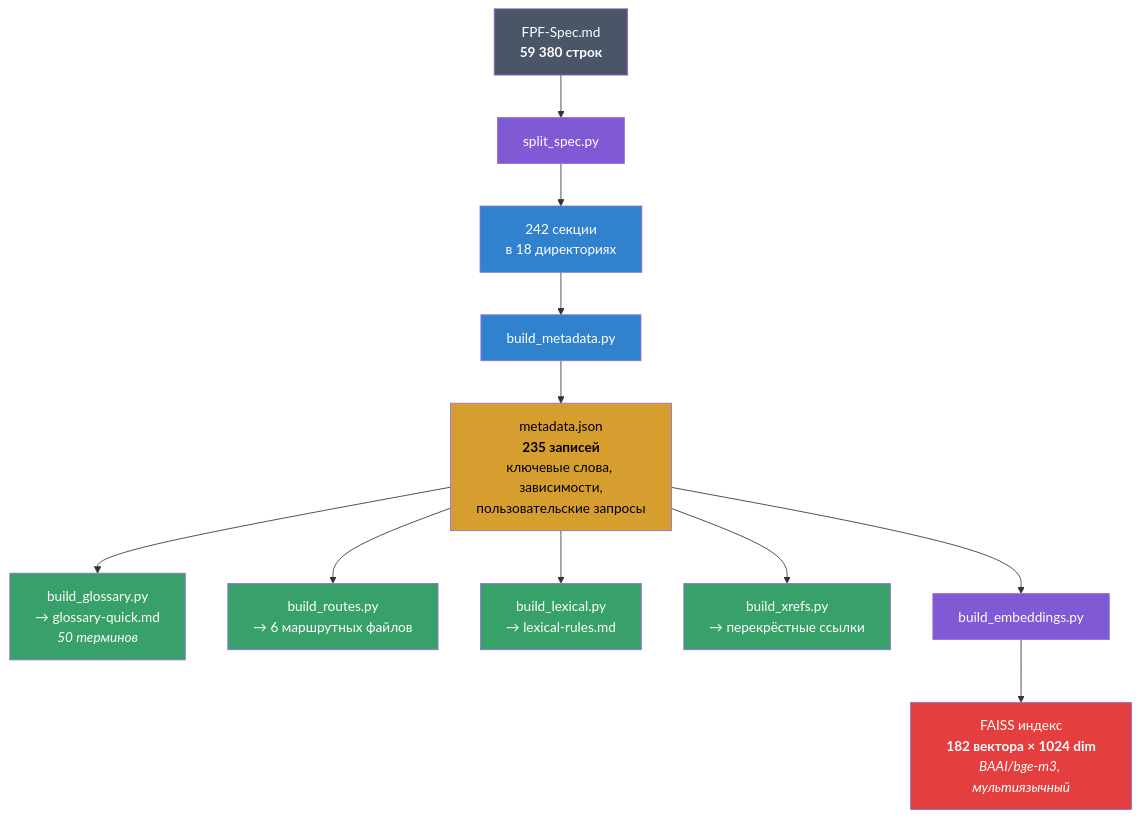
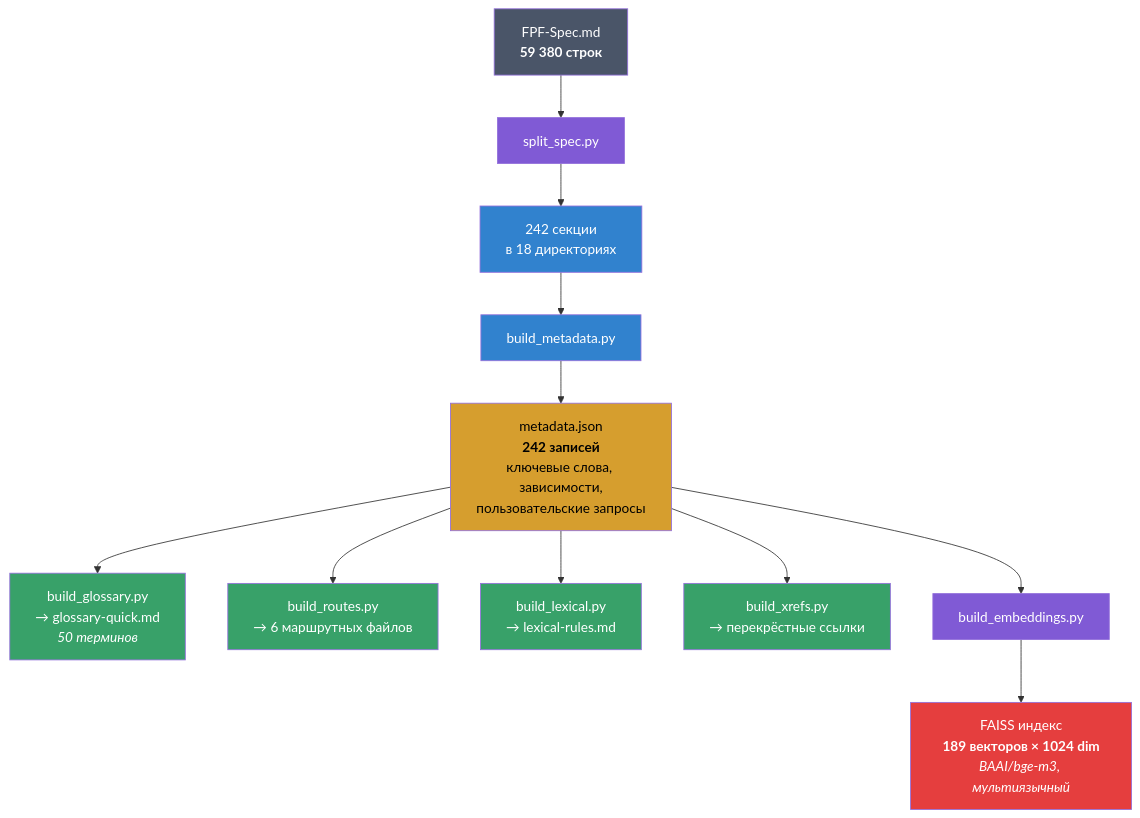
The fourth of 4 diagrams in Readme.md (pokrovskiyv/FPF-agent), drawn with Mermaid before and after one commit. The commit also changed other lines of this file and 10 other files, not shown here.

````diff
--- a/Readme.md
+++ b/Readme.md
@@ -159,25 +134,25 @@
 ```mermaid
 graph TD
     Spec["FPF-Spec.md<br/><b>59 380 строк</b>"] --> Split["split_spec.py"]
     Split --> Sections["242 секции<br/>в 18 директориях"]
     Sections --> Meta["build_metadata.py"]
-    Meta --> MetaJSON["metadata.json<br/><b>235 записей</b><br/>ключевые слова, зависимости,<br/>пользовательские запросы"]
+    Meta --> MetaJSON["metadata.json<br/><b>242 записей</b><br/>ключевые слова, зависимости,<br/>пользовательские запросы"]
     MetaJSON --> Gloss["build_glossary.py<br/>→ glossary-quick.md<br/><i>50 терминов</i>"]
     MetaJSON --> Routes["build_routes.py<br/>→ 6 маршрутных файлов"]
     MetaJSON --> Lex["build_lexical.py<br/>→ lexical-rules.md"]
     MetaJSON --> XRef["build_xrefs.py<br/>→ перекрёстные ссылки"]
     MetaJSON --> Emb["build_embeddings.py"]
-    Emb --> FAISS["FAISS индекс<br/><b>182 вектора × 1024 dim</b><br/><i>BAAI/bge-m3, мультиязычный</i>"]
+    Emb --> FAISS["FAISS индекс<br/><b>189 векторов × 1024 dim</b><br/><i>BAAI/bge-m3, мультиязычный</i>"]
 
     style Spec fill:#4a5568,color:#fff
     style Split fill:#805ad5,color:#fff
     style Sections fill:#3182ce,color:#fff
     style Meta fill:#3182ce,color:#fff
     style MetaJSON fill:#d69e2e,color:#000
     style Gloss fill:#38a169,color:#fff
     style Routes fill:#38a169,color:#fff
     style Lex fill:#38a169,color:#fff
     style XRef fill:#38a169,color:#fff
     style Emb fill:#805ad5,color:#fff
     style FAISS fill:#e53e3e,color:#fff
 ```
````
